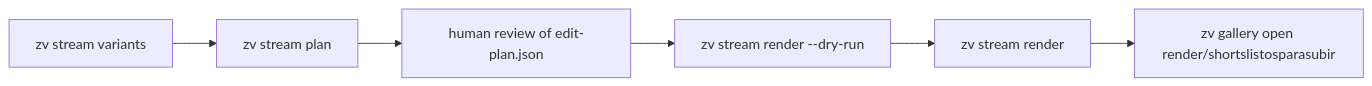
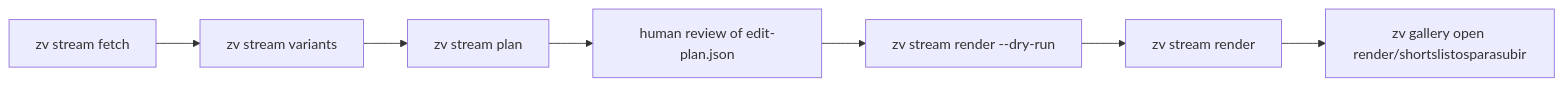
One commit to rechedev9/cliphub changed the second of 2 diagrams in docs/cli-operator-workflow.md. Above: the diagram before and after it, drawn with Mermaid. The commit also changed other lines of this file and 70 other files, not shown here.

````diff
--- a/docs/cli-operator-workflow.md
+++ b/docs/cli-operator-workflow.md
@@ -556,8 +556,9 @@
 ```mermaid
 flowchart LR
-  v[zv stream variants] --> p[zv stream plan]
+  f[zv stream fetch] --> v[zv stream variants]
+  v --> p[zv stream plan]
   p --> r[human review of edit-plan.json]
   r --> pre[zv stream render --dry-run]
   pre --> rend[zv stream render]
   rend --> g[zv gallery open render/shortslistosparasubir]
 ```
````
